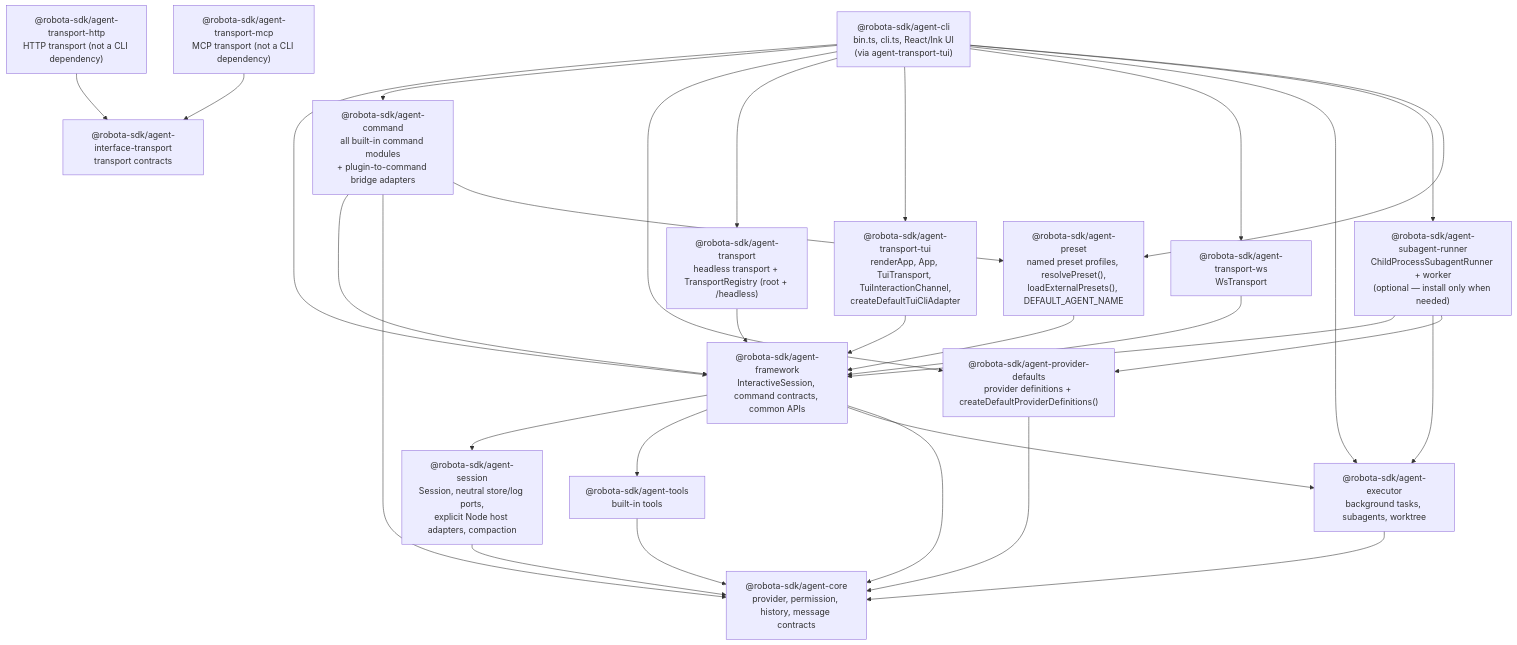
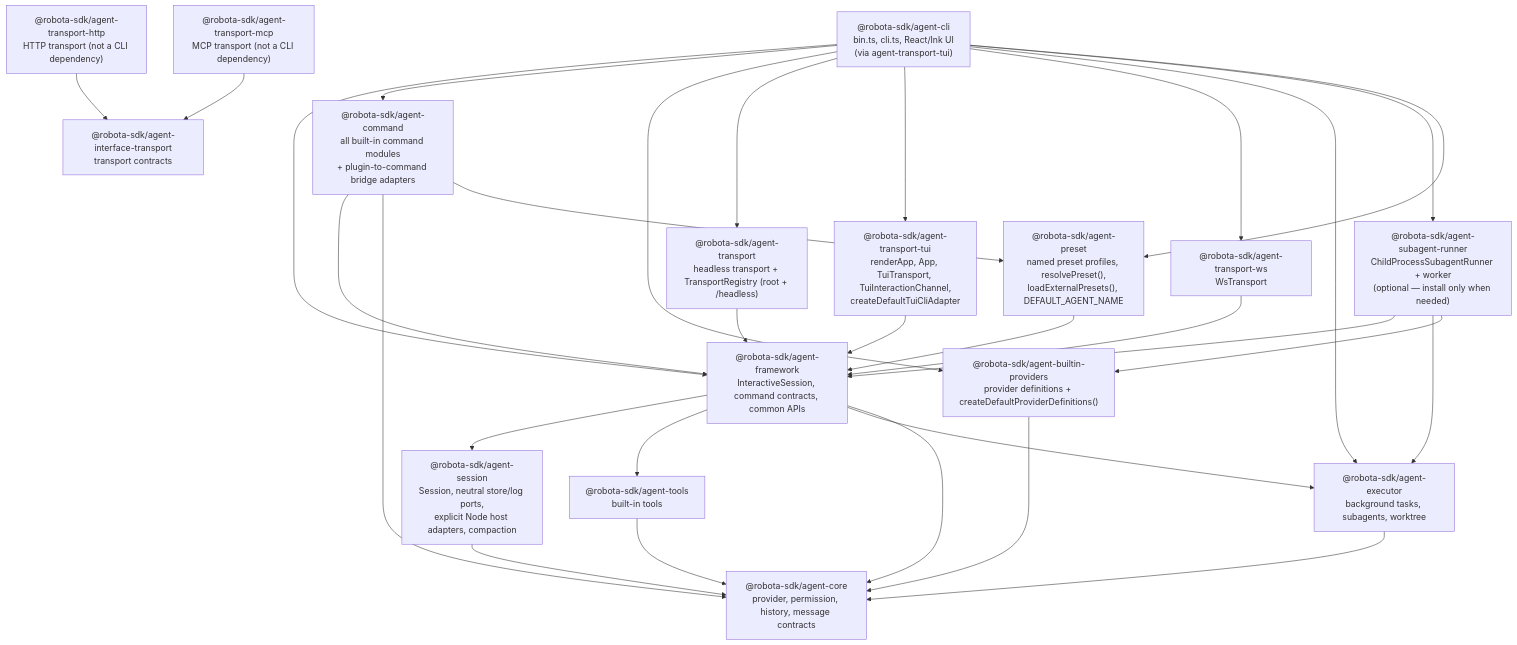
One commit to woojubb/robota changed the diagram in .agents/specs/architecture-map/agent-cli/target-architecture.md. Above: the diagram before and after it, drawn with Mermaid. The commit also changed 62 other files, not shown here.

````diff
--- a/.agents/specs/architecture-map/agent-cli/target-architecture.md
+++ b/.agents/specs/architecture-map/agent-cli/target-architecture.md
@@ -102,53 +102,53 @@
 ```mermaid
 flowchart TD
   CLI["@robota-sdk/agent-cli\nbin.ts, cli.ts, React/Ink UI\n(via agent-transport-tui)"]
   Framework["@robota-sdk/agent-framework\nInteractiveSession, command contracts, common APIs"]
   Commands["@robota-sdk/agent-command\nall built-in command modules\n+ plugin-to-command bridge adapters"]
   Core["@robota-sdk/agent-core\nprovider, permission, history, message contracts"]
   Session["@robota-sdk/agent-session\nSession, neutral store/log ports,\nexplicit Node host adapters, compaction"]
   Tools["@robota-sdk/agent-tools\nbuilt-in tools"]
   Executor["@robota-sdk/agent-executor\nbackground tasks, subagents, worktree"]
-  Provider["@robota-sdk/agent-provider-defaults\nprovider definitions + createDefaultProviderDefinitions()"]
+  Provider["@robota-sdk/agent-builtin-providers\nprovider definitions + createDefaultProviderDefinitions()"]
   Transport["@robota-sdk/agent-transport\nheadless transport + TransportRegistry (root + /headless)"]
   TransportTui["@robota-sdk/agent-transport-tui\nrenderApp, App, TuiTransport, TuiInteractionChannel,\ncreateDefaultTuiCliAdapter"]
   TransportWs["@robota-sdk/agent-transport-ws\nWsTransport"]
   TransportHttp["@robota-sdk/agent-transport-http\nHTTP transport (not a CLI dependency)"]
   TransportMcp["@robota-sdk/agent-transport-mcp\nMCP transport (not a CLI dependency)"]
   InterfaceTransport["@robota-sdk/agent-interface-transport\ntransport contracts"]
   SubagentRunner["@robota-sdk/agent-subagent-runner\nChildProcessSubagentRunner + worker\n(optional — install only when needed)"]
   Preset["@robota-sdk/agent-preset\nnamed preset profiles, resolvePreset(),\nloadExternalPresets(), DEFAULT_AGENT_NAME"]
 
   CLI --> Framework
   CLI --> Commands
   CLI --> Provider
   CLI --> Transport
   CLI --> TransportTui
   CLI --> TransportWs
   CLI --> Executor
   CLI --> SubagentRunner
   CLI --> Preset
 
   SubagentRunner --> Framework
   SubagentRunner --> Executor
   SubagentRunner --> Provider
 
   Commands --> Framework
   Commands --> Core
   Commands --> Preset
 
   Framework --> Session
   Framework --> Tools
   Framework --> Executor
   Framework --> Core
 
   Provider --> Core
   Session --> Core
   Tools --> Core
   Executor --> Core
   Transport --> Framework
   TransportTui --> Framework
   TransportWs --> Framework
   TransportHttp --> InterfaceTransport
   TransportMcp --> InterfaceTransport
   Preset --> Framework
 ```
````
